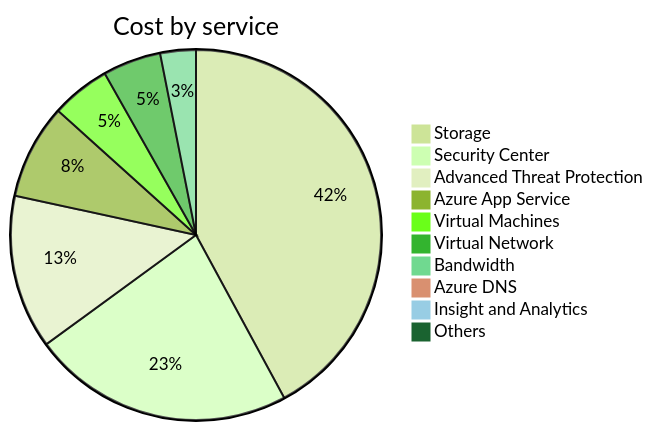
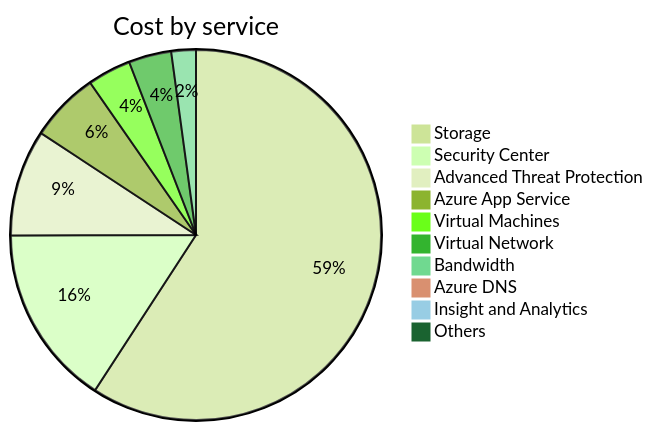
The second of 4 diagrams in cost-reports/accumulated-cost.md (jpfulton/azure-personal-reports), drawn with Mermaid (forest theme) before and after one commit. The commit also changed other lines of this file and 2 other files, not shown here.

````diff
--- a/cost-reports/accumulated-cost.md
+++ b/cost-reports/accumulated-cost.md
@@ -102,14 +102,14 @@
 ```mermaid
 pie
    title Cost by service
-   "Storage" : 36.42
+   "Storage" : 74.19
    "Security Center" : 19.78
-   "Advanced Threat Protection" : 11.63
-   "Azure App Service" : 7.15
-   "Virtual Machines" : 4.45
-   "Virtual Network" : 4.39
+   "Advanced Threat Protection" : 11.66
+   "Azure App Service" : 7.62
+   "Virtual Machines" : 4.76
+   "Virtual Network" : 4.67
    "Bandwidth" : 2.69
-   "Azure DNS" : 0.59
+   "Azure DNS" : 0.63
    "Insight and Analytics" : 0.00
    "Others" : 0.00
 ```
````
